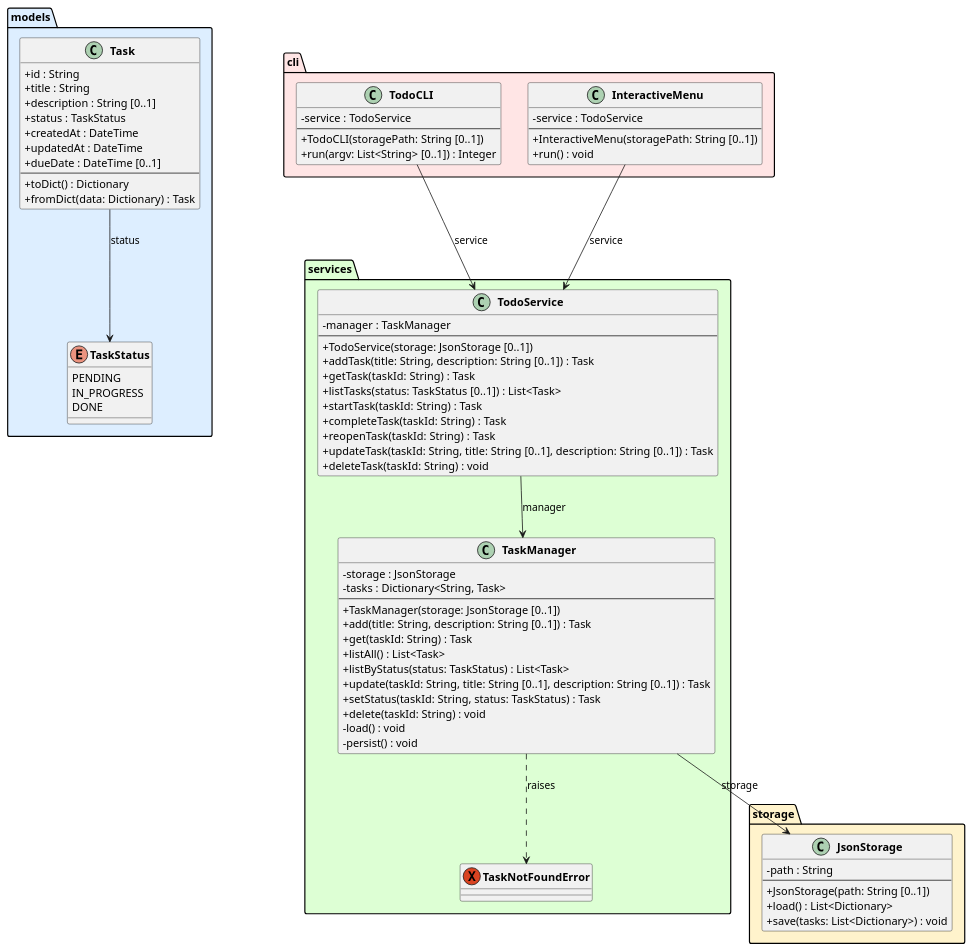
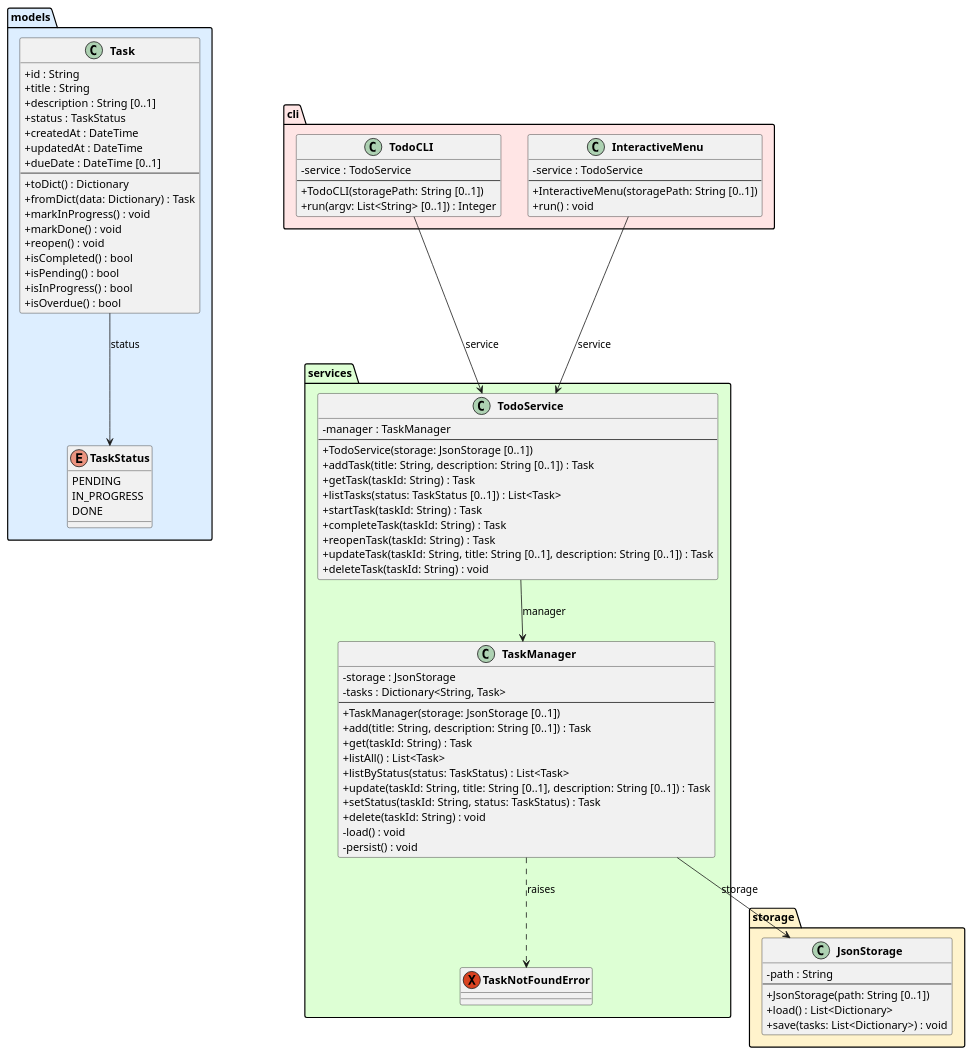
One commit to DanielRiha8906/Software_autoevolution_using_agents changed the diagram in experiments/broadcast/test_driven/TODO/artifacts/class_diagram.puml. Above: the diagram before and after it, drawn with PlantUML. The commit also changed 3 other files, not shown here.

```diff
--- a/experiments/broadcast/test_driven/TODO/artifacts/class_diagram.puml
+++ b/experiments/broadcast/test_driven/TODO/artifacts/class_diagram.puml
@@ -1,94 +1,101 @@
 @startuml class_diagram
 
 skinparam classAttributeIconSize 0
 skinparam classFontStyle bold
 
 package "models" #DDEEFF {
     enum TaskStatus {
         PENDING
         IN_PROGRESS
         DONE
     }
 
     class Task {
         +id : String
         +title : String
         +description : String [0..1]
         +status : TaskStatus
         +createdAt : DateTime
         +updatedAt : DateTime
         +dueDate : DateTime [0..1]
         --
         +toDict() : Dictionary
         +fromDict(data: Dictionary) : Task
+        +markInProgress() : void
+        +markDone() : void
+        +reopen() : void
+        +isCompleted() : bool
+        +isPending() : bool
+        +isInProgress() : bool
+        +isOverdue() : bool
     }
 }
 
 package "storage" #FFF3CC {
     class JsonStorage {
         -path : String
         --
         +JsonStorage(path: String [0..1])
         +load() : List<Dictionary>
         +save(tasks: List<Dictionary>) : void
     }
 }
 
 package "services" #DDFFD4 {
     exception TaskNotFoundError
 
     class TaskManager {
         -storage : JsonStorage
         -tasks : Dictionary<String, Task>
         --
         +TaskManager(storage: JsonStorage [0..1])
         +add(title: String, description: String [0..1]) : Task
         +get(taskId: String) : Task
         +listAll() : List<Task>
         +listByStatus(status: TaskStatus) : List<Task>
         +update(taskId: String, title: String [0..1], description: String [0..1]) : Task
         +setStatus(taskId: String, status: TaskStatus) : Task
         +delete(taskId: String) : void
         -load() : void
         -persist() : void
     }
 
     class TodoService {
         -manager : TaskManager
         --
         +TodoService(storage: JsonStorage [0..1])
         +addTask(title: String, description: String [0..1]) : Task
         +getTask(taskId: String) : Task
         +listTasks(status: TaskStatus [0..1]) : List<Task>
         +startTask(taskId: String) : Task
         +completeTask(taskId: String) : Task
         +reopenTask(taskId: String) : Task
         +updateTask(taskId: String, title: String [0..1], description: String [0..1]) : Task
         +deleteTask(taskId: String) : void
     }
 }
 
 package "cli" #FFE5E5 {
     class TodoCLI {
         -service : TodoService
         --
         +TodoCLI(storagePath: String [0..1])
         +run(argv: List<String> [0..1]) : Integer
     }
 
     class InteractiveMenu {
         -service : TodoService
         --
         +InteractiveMenu(storagePath: String [0..1])
         +run() : void
     }
 }
 
 Task --> TaskStatus : status
 TaskManager --> JsonStorage : storage
 TaskManager ..> TaskNotFoundError : raises
 TodoService --> TaskManager : manager
 TodoCLI --> TodoService : service
 InteractiveMenu --> TodoService : service
 
 @enduml
```
